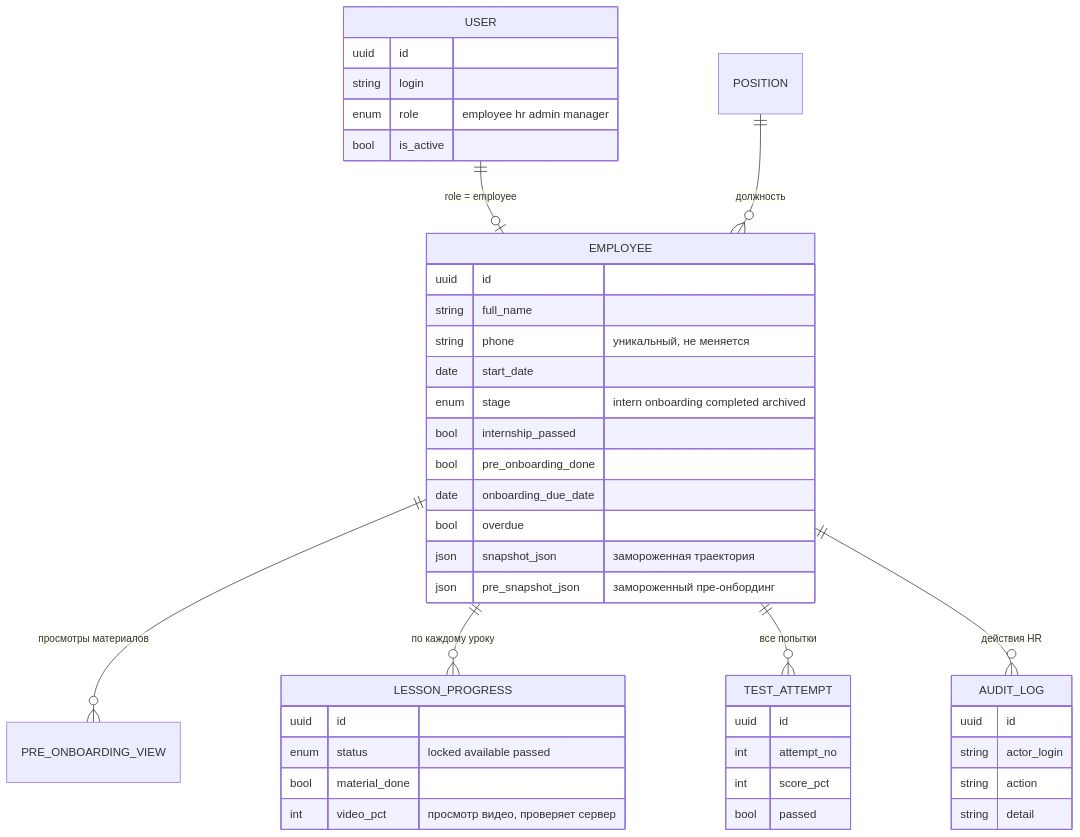
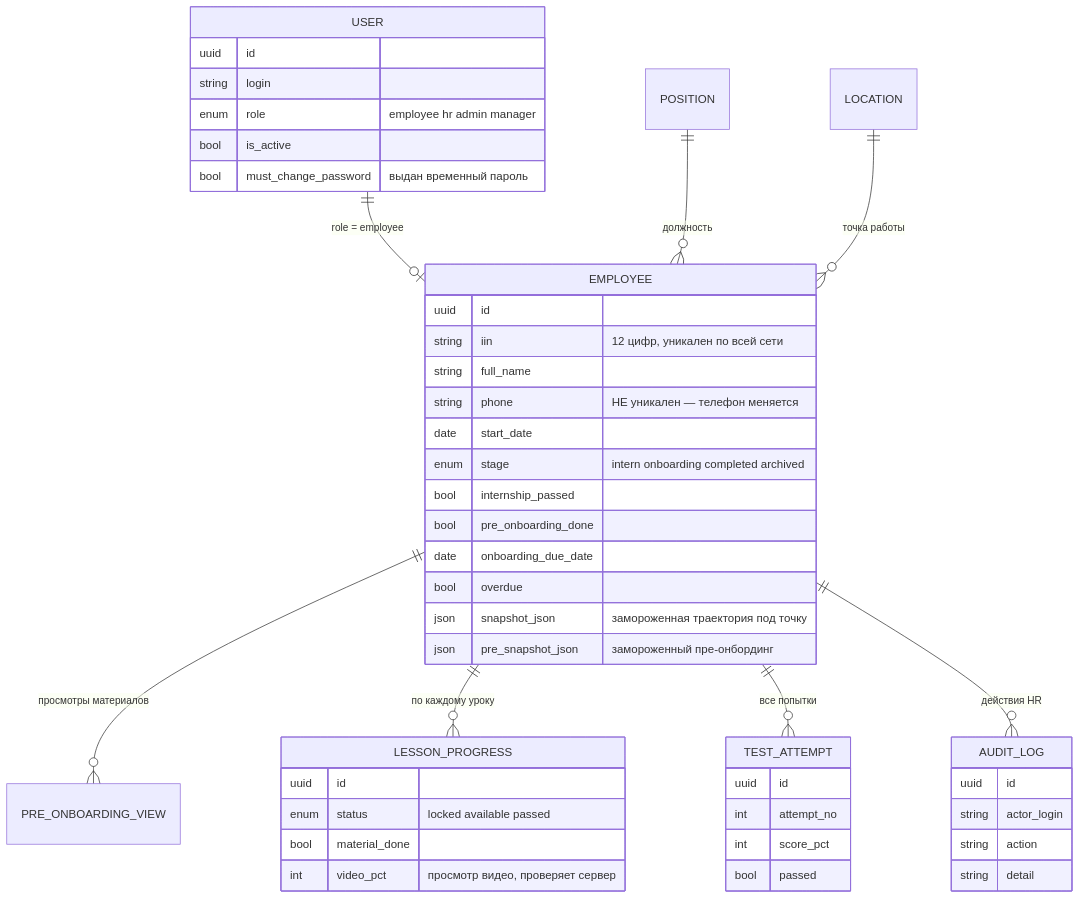
One commit to meirshon999/hr-lms changed the diagram in diagrams/src/03-er-people-progress.mmd. Above: the diagram before and after it, drawn with Mermaid. The commit also changed 18 other files, not shown here.

First line of the commit message:
Канон под новую модель: LOGIC, схемы, спецификация API

```diff
--- a/diagrams/src/03-er-people-progress.mmd
+++ b/diagrams/src/03-er-people-progress.mmd
@@ -1,44 +1,47 @@
 erDiagram
     USER ||--o| EMPLOYEE : "role = employee"
     POSITION ||--o{ EMPLOYEE : "должность"
+    LOCATION ||--o{ EMPLOYEE : "точка работы"
     EMPLOYEE ||--o{ PRE_ONBOARDING_VIEW : "просмотры материалов"
     EMPLOYEE ||--o{ LESSON_PROGRESS : "по каждому уроку"
     EMPLOYEE ||--o{ TEST_ATTEMPT : "все попытки"
     EMPLOYEE ||--o{ AUDIT_LOG : "действия HR"
     USER {
       uuid id
       string login
       enum role "employee hr admin manager"
       bool is_active
+      bool must_change_password "выдан временный пароль"
     }
     EMPLOYEE {
       uuid id
+      string iin "12 цифр, уникален по всей сети"
       string full_name
-      string phone "уникальный, не меняется"
+      string phone "НЕ уникален — телефон меняется"
       date start_date
       enum stage "intern onboarding completed archived"
       bool internship_passed
       bool pre_onboarding_done
       date onboarding_due_date
       bool overdue
-      json snapshot_json "замороженная траектория"
+      json snapshot_json "замороженная траектория под точку"
       json pre_snapshot_json "замороженный пре-онбординг"
     }
     LESSON_PROGRESS {
       uuid id
       enum status "locked available passed"
       bool material_done
       int video_pct "просмотр видео, проверяет сервер"
     }
     TEST_ATTEMPT {
       uuid id
       int attempt_no
       int score_pct
       bool passed
     }
     AUDIT_LOG {
       uuid id
       string actor_login
       string action
       string detail
     }
```
